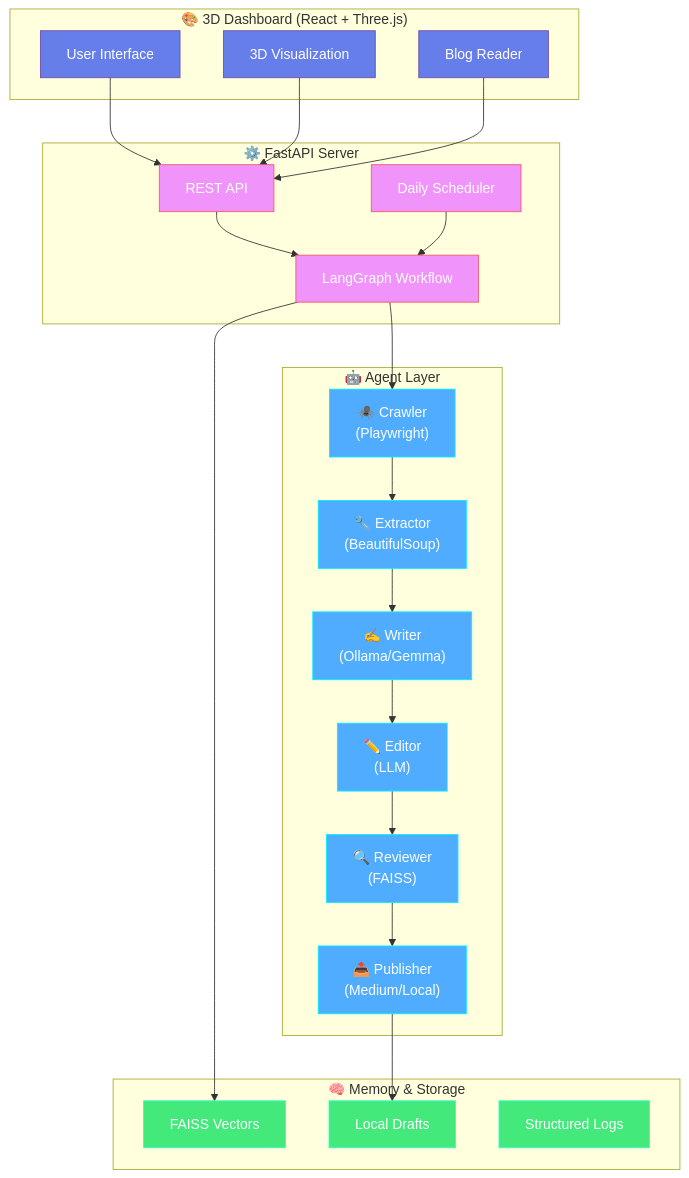
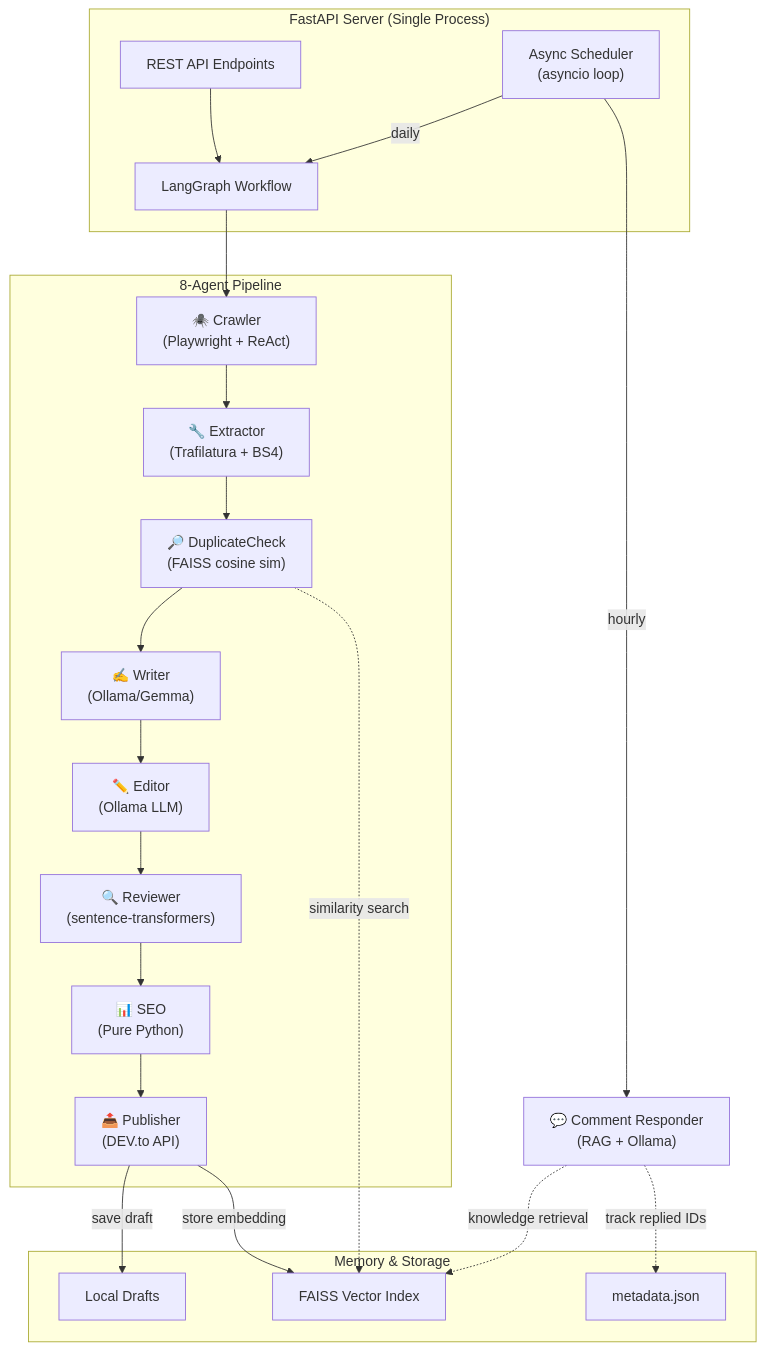
One commit to karan-kr-451/blogAgent changed the first of 2 diagrams in README.md. Above: the diagram before and after it, drawn with Mermaid. The commit also changed other lines of this file and 2 other files, not shown here.

Commit message:
feat: add SEO agent and workflow API endpoints while updating documentation for the complete autonomous pipeline

````diff
--- a/README.md
+++ b/README.md
@@ -153,55 +185,39 @@
 ```mermaid
 graph TB
-    subgraph Frontend ["🎨 3D Dashboard (React + Three.js)"]
-        UI[User Interface]
-        Viz[3D Visualization]
-        Reader[Blog Reader]
+    subgraph Server ["FastAPI Server (Single Process)"]
+        API["REST API Endpoints"]
+        WF["LangGraph Workflow"]
+        SCH["Async Scheduler<br/>(asyncio loop)"]
     end
     
-    subgraph Backend ["⚙️ FastAPI Server"]
-        API[REST API]
-        Workflow[LangGraph Workflow]
-        Scheduler[Daily Scheduler]
+    subgraph Agents ["8-Agent Pipeline"]
+        C["🕷️ Crawler<br/>(Playwright + ReAct)"]
+        E["🔧 Extractor<br/>(Trafilatura + BS4)"]
+        DC["🔎 DuplicateCheck<br/>(FAISS cosine sim)"]
+        W["✍️ Writer<br/>(Ollama/Gemma)"]
+        ED["✏️ Editor<br/>(Ollama LLM)"]
+        R["🔍 Reviewer<br/>(sentence-transformers)"]
+        SEO["📊 SEO<br/>(Pure Python)"]
+        P["📤 Publisher<br/>(DEV.to API)"]
     end
     
-    subgraph Agents ["🤖 Agent Layer"]
-        Crawler["🕷️ Crawler<br/>(Playwright)"]
-        Extractor["🔧 Extractor<br/>(BeautifulSoup)"]
-        Writer["✍️ Writer<br/>(Ollama/Gemma)"]
-        Editor["✏️ Editor<br/>(LLM)"]
-        Reviewer["🔍 Reviewer<br/>(FAISS)"]
-        Publisher["📤 Publisher<br/>(Medium/Local)"]
+    CR["💬 Comment Responder<br/>(RAG + Ollama)"]
+    
+    subgraph Storage ["Memory & Storage"]
+        FAISS["FAISS Vector Index"]
+        META["metadata.json"]
+        DRAFTS["Local Drafts"]
     end
     
-    subgraph Memory ["🧠 Memory & Storage"]
-        FAISS[FAISS Vectors]
-        Drafts[Local Drafts]
-        Logs[Structured Logs]
-    end
+    API --> WF
+    SCH -->|"daily"| WF
+    SCH -->|"hourly"| CR
     
-    UI --> API
-    Viz --> API
-    Reader --> API
+    WF --> C --> E --> DC --> W --> ED --> R --> SEO --> P
     
-    API --> Workflow
-    Workflow --> Crawler
-    Crawler --> Extractor
-    Extractor --> Writer
-    Writer --> Editor
-    Editor --> Reviewer
-    Reviewer --> Publisher
-    
-    Publisher --> Drafts
-    Workflow --> FAISS
-    Scheduler --> Workflow
-    
-    classDef frontend fill:#667eea,stroke:#764ba2,color:#fff
-    classDef backend fill:#f093fb,stroke:#f5576c,color:#fff
-    classDef agents fill:#4facfe,stroke:#00f2fe,color:#fff
-    classDef memory fill:#43e97b,stroke:#38f9d7,color:#fff
-    
-    class UI,Viz,Reader frontend
-    class API,Workflow,Scheduler backend
-    class Crawler,Extractor,Writer,Editor,Reviewer,Publisher agents
-    class FAISS,Drafts,Logs memory
+    DC -.->|"similarity search"| FAISS
+    CR -.->|"knowledge retrieval"| FAISS
+    P -->|"save draft"| DRAFTS
+    P -->|"store embedding"| FAISS
+    CR -.->|"track replied IDs"| META
 ```
````
